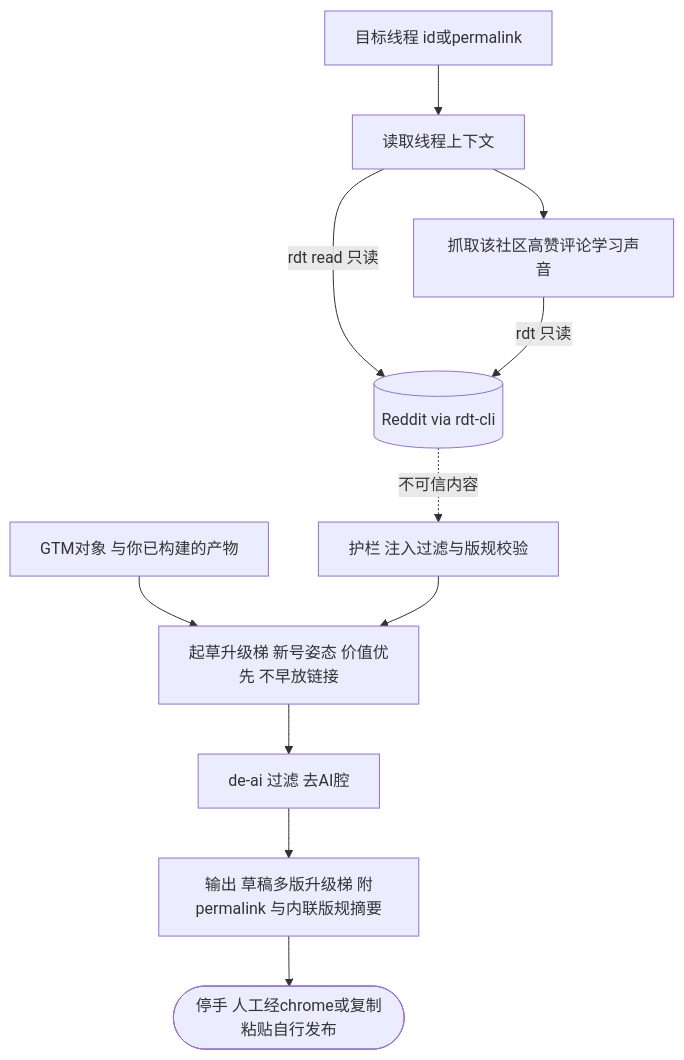
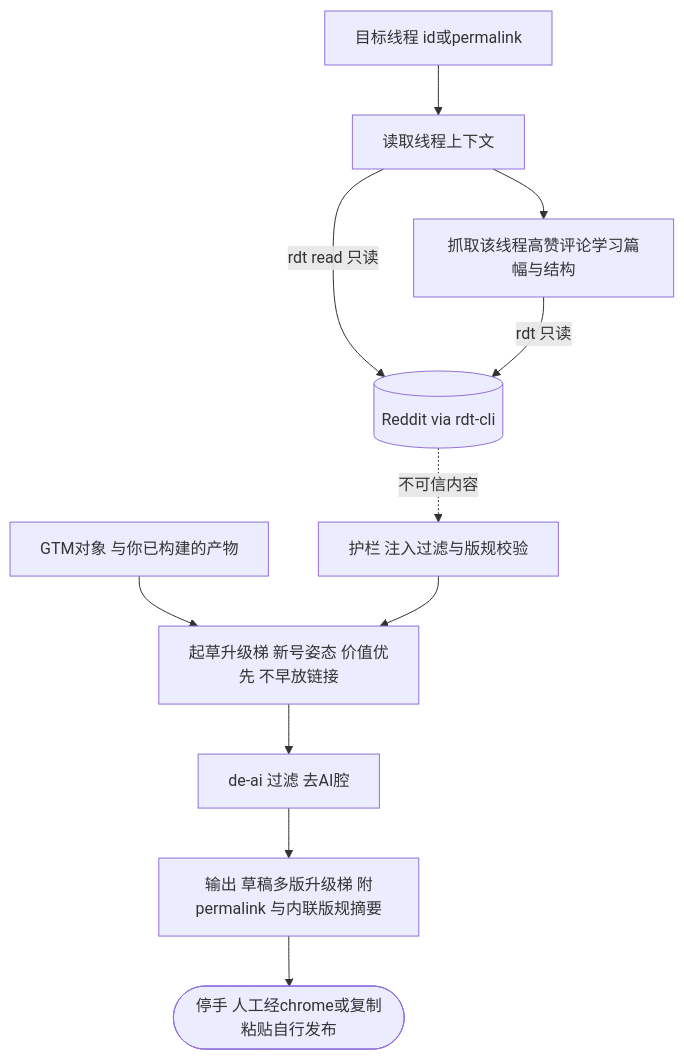
One commit to tigerless-labs/auto-gtm changed the diagram in docs/design/reddit/comment-drafter.md. Above: the diagram before and after it, drawn with Mermaid. The commit also changed other lines of this file and 10 other files, not shown here.

````diff
--- a/docs/design/reddit/comment-drafter.md
+++ b/docs/design/reddit/comment-drafter.md
@@ -21,13 +21,13 @@
 ```mermaid
 flowchart TD
   TH[目标线程 id或permalink] --> CTX[读取线程上下文]
   GTM[GTM对象 与你已构建的产物] --> DRAFT
   CTX -->|rdt read 只读| RDT[(Reddit via rdt-cli)]
-  CTX --> VOICE[抓取该社区高赞评论学习声音]
+  CTX --> VOICE[抓取该线程高赞评论学习篇幅与结构]
   VOICE -->|rdt 只读| RDT
   RDT -.不可信内容.-> GUARD[护栏 注入过滤与版规校验]
   GUARD --> DRAFT[起草升级梯 新号姿态 价值优先 不早放链接]
   DRAFT --> DEAI[de-ai 过滤 去AI腔]
   DEAI --> OUT[输出 草稿多版升级梯 附permalink 与内联版规摘要]
   OUT --> STOP([停手 人工经chrome或复制粘贴自行发布])
 ```
````
